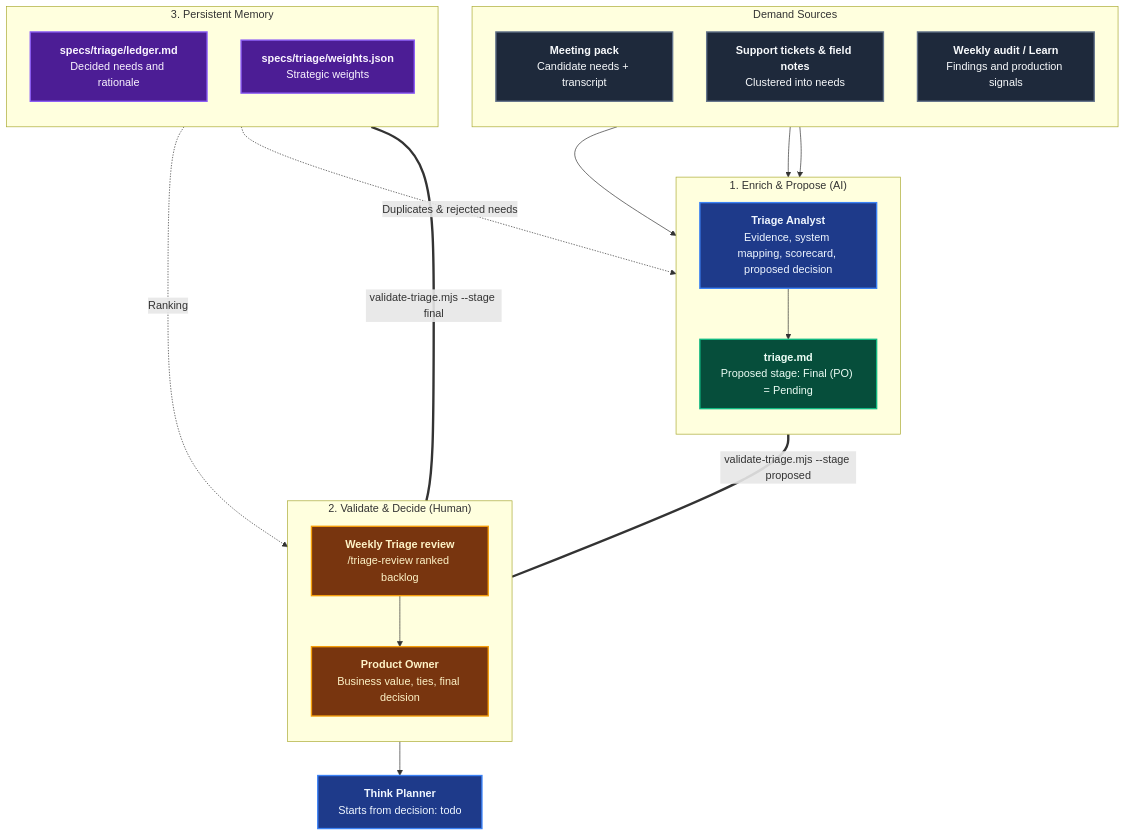
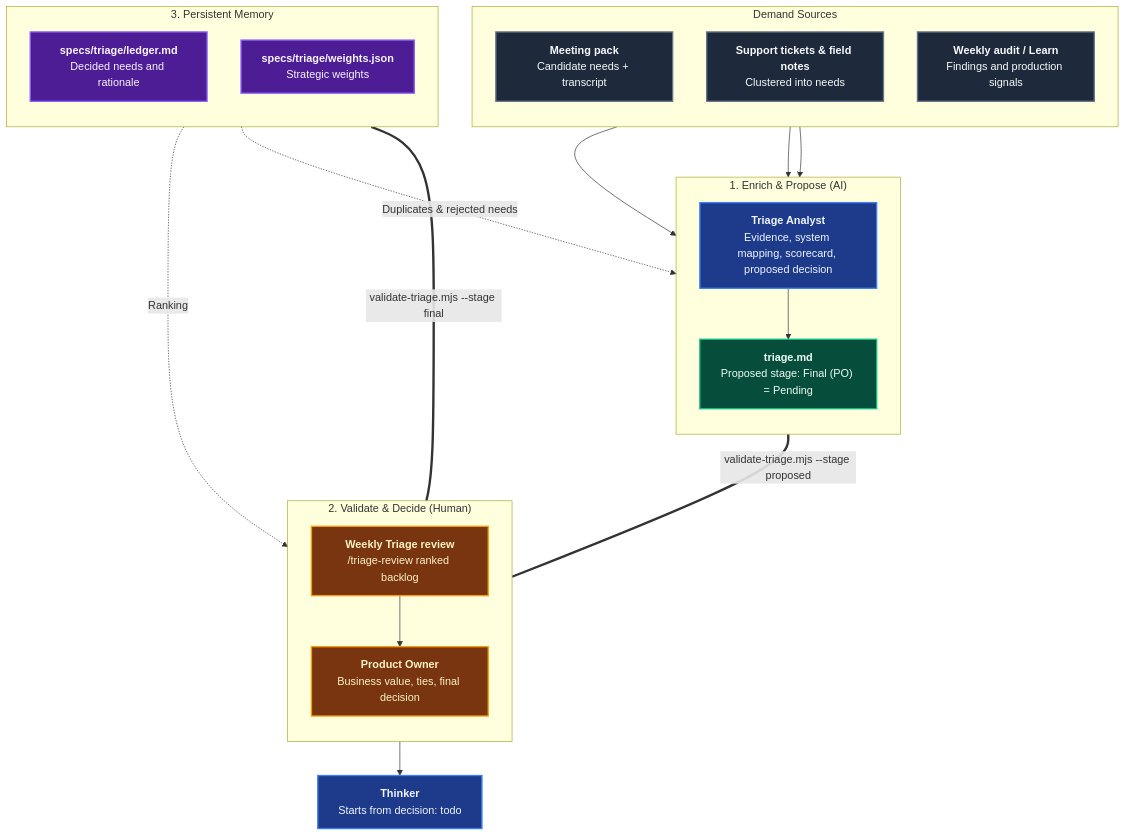
One commit to ALTEN-group/coding-pal changed the first of 2 diagrams in website/docs/guide/domain-triage.md. Above: the diagram before and after it, drawn with Mermaid. The commit also changed 60 other files, not shown here.

````diff
--- a/website/docs/guide/domain-triage.md
+++ b/website/docs/guide/domain-triage.md
@@ -11,55 +11,55 @@
 ```mermaid
 ---
 caption: Candidate Needs to Decided Backlog (Triage -> Think)
 ---
 flowchart TD
     subgraph Sources ["Demand Sources"]
         direction TB
         MEET["<b>Meeting pack</b><br/>Candidate needs + transcript"]
         TICK["<b>Support tickets & field notes</b><br/>Clustered into needs"]
         AUD["<b>Weekly audit / Learn</b><br/>Findings and production signals"]
     end
 
     subgraph Enrich ["1. Enrich & Propose (AI)"]
         direction TB
         AG["<b>Triage Analyst</b><br/>Evidence, system mapping, scorecard, proposed decision"]
         DOC["<b>triage.md</b><br/>Proposed stage: Final (PO) = Pending"]
         AG --> DOC
     end
 
     subgraph Decide ["2. Validate & Decide (Human)"]
         direction TB
         REV["<b>Weekly Triage review</b><br/>/triage-review ranked backlog"]
         PO["<b>Product Owner</b><br/>Business value, ties, final decision"]
         REV --> PO
     end
 
     subgraph Memory ["3. Persistent Memory"]
         direction TB
         LED["<b>specs/triage/ledger.md</b><br/>Decided needs and rationale"]
         WGT["<b>specs/triage/weights.json</b><br/>Strategic weights"]
     end
 
-    NEXT["<b>Think Planner</b><br/>Starts from decision: todo"]
+    NEXT["<b>Thinker</b><br/>Starts from decision: todo"]
 
     MEET --> AG
     TICK --> AG
     AUD --> AG
     DOC ===|"validate-triage.mjs --stage proposed"| REV
     PO ===|"validate-triage.mjs --stage final"| LED
     PO --> NEXT
     LED -.->|"Duplicates & rejected needs"| AG
     WGT -.->|"Ranking"| REV
 
     classDef stage fill:#1e3a8a,stroke:#3b82f6,stroke-width:2px,color:#eff6ff;
     classDef artifact fill:#064e3b,stroke:#10b981,stroke-width:2px,color:#ecfdf5;
     classDef input fill:#1e293b,stroke:#64748b,stroke-width:2px,color:#f8fafc;
     classDef human fill:#78350f,stroke:#f59e0b,stroke-width:2px,color:#fef3c7;
     classDef memory fill:#4c1d95,stroke:#8b5cf6,stroke-width:2px,color:#faf5ff;
 
     class MEET,TICK,AUD input;
     class AG,NEXT stage;
     class DOC artifact;
     class REV,PO human;
     class LED,WGT memory;
 ```
````
